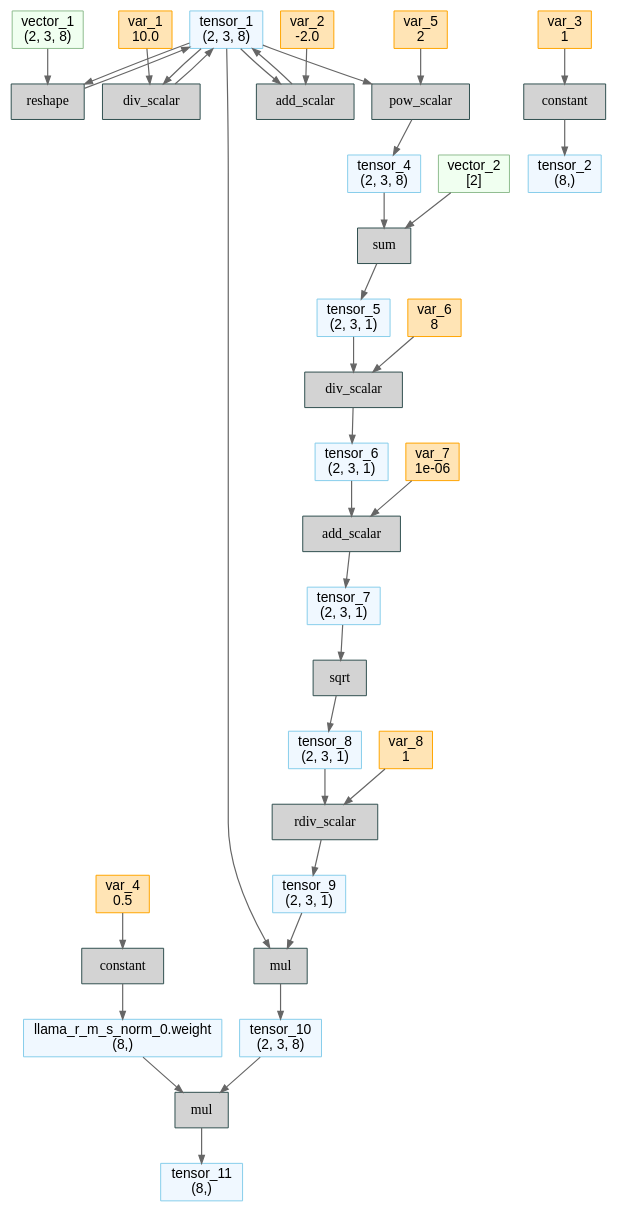
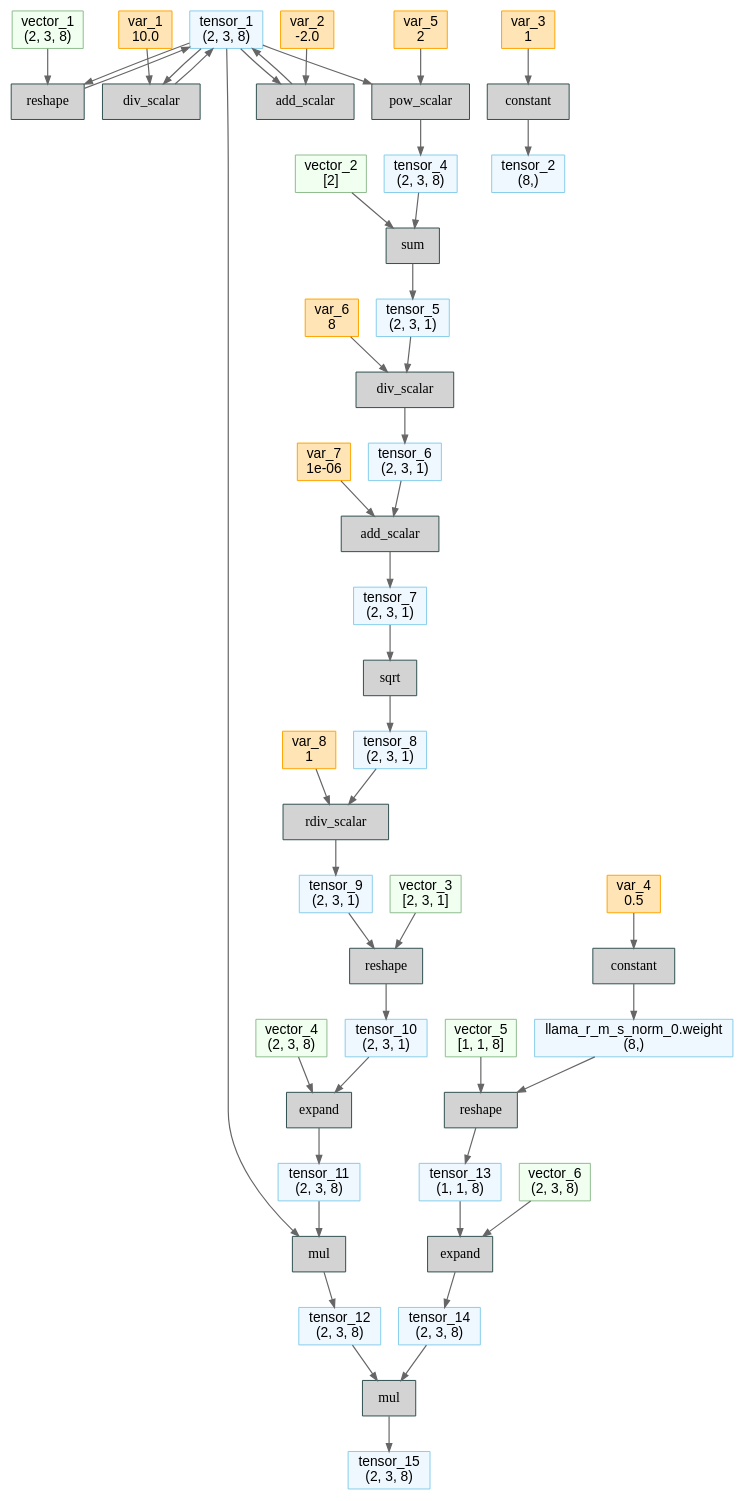
One commit to zhaziqwe/deepx changed the diagram in front/py/examples/4_transformer/llama/1_llamarmsnorm.dot. Above: the diagram before and after it, drawn with Graphviz. The commit also changed 10 other files, not shown here.

```diff
--- a/front/py/examples/4_transformer/llama/1_llamarmsnorm.dot
+++ b/front/py/examples/4_transformer/llama/1_llamarmsnorm.dot
@@ -2,95 +2,127 @@
 digraph {
 	rankdir=TB
 	node [shape=record]
-	128491990484208 [label="tensor_1
+	130357533018672 [label="tensor_1
 (2, 3, 8)" color=skyblue fillcolor=aliceblue fontname="Sans-Serif" labeljust=l shape=box style=filled]
-	128488380960912 [label=reshape color=darkslategray fillcolor=lightgray fontname="Courier Bold" labeljust=l shape=box style=filled]
-	128488380961536 [label="vector_1
+	130357533019536 [label=reshape color=darkslategray fillcolor=lightgray fontname="Courier Bold" labeljust=l shape=box style=filled]
+	130357533018480 [label="vector_1
 (2, 3, 8)" color=darkseagreen fillcolor=honeydew fontname="Sans-Serif" labeljust=l shape=box style=filled]
-	128488380962208 [label=div_scalar color=darkslategray fillcolor=lightgray fontname="Courier Bold" labeljust=l shape=box style=filled]
-	128488380962304 [label="var_1
+	130357533738896 [label=div_scalar color=darkslategray fillcolor=lightgray fontname="Courier Bold" labeljust=l shape=box style=filled]
+	130357533739760 [label="var_1
 10.0" color=orange fillcolor=moccasin fontname="Sans-Serif" labeljust=l shape=box style=filled]
-	128488380961824 [label=add_scalar color=darkslategray fillcolor=lightgray fontname="Courier Bold" labeljust=l shape=box style=filled]
-	128488380962016 [label="var_2
+	130357533752528 [label=add_scalar color=darkslategray fillcolor=lightgray fontname="Courier Bold" labeljust=l shape=box style=filled]
+	130357533752336 [label="var_2
 -2.0" color=orange fillcolor=moccasin fontname="Sans-Serif" labeljust=l shape=box style=filled]
-	128488380965472 [label="tensor_2
+	130357533750272 [label="tensor_2
 (8,)" color=skyblue fillcolor=aliceblue fontname="Sans-Serif" labeljust=l shape=box style=filled]
-	128488380965232 [label=constant color=darkslategray fillcolor=lightgray fontname="Courier Bold" labeljust=l shape=box style=filled]
-	128488380965616 [label="var_3
+	130357533750512 [label=constant color=darkslategray fillcolor=lightgray fontname="Courier Bold" labeljust=l shape=box style=filled]
+	130357533750128 [label="var_3
 1" color=orange fillcolor=moccasin fontname="Sans-Serif" labeljust=l shape=box style=filled]
-	128488380965376 [label="llama_r_m_s_norm_0.weight
+	130357533750368 [label="llama_r_m_s_norm_0.weight
 (8,)" color=skyblue fillcolor=aliceblue fontname="Sans-Serif" labeljust=l shape=box style=filled]
-	128488380965328 [label=constant color=darkslategray fillcolor=lightgray fontname="Courier Bold" labeljust=l shape=box style=filled]
-	128488380965712 [label="var_4
+	130357533750416 [label=constant color=darkslategray fillcolor=lightgray fontname="Courier Bold" labeljust=l shape=box style=filled]
+	130357533750032 [label="var_4
 0.5" color=orange fillcolor=moccasin fontname="Sans-Serif" labeljust=l shape=box style=filled]
-	128488380965808 [label=pow_scalar color=darkslategray fillcolor=lightgray fontname="Courier Bold" labeljust=l shape=box style=filled]
-	128488380965760 [label="var_5
+	130357533749840 [label=pow_scalar color=darkslategray fillcolor=lightgray fontname="Courier Bold" labeljust=l shape=box style=filled]
+	130357533749888 [label="var_5
 2" color=orange fillcolor=moccasin fontname="Sans-Serif" labeljust=l shape=box style=filled]
-	128488380965952 [label="tensor_4
+	130357533749696 [label="tensor_4
 (2, 3, 8)" color=skyblue fillcolor=aliceblue fontname="Sans-Serif" labeljust=l shape=box style=filled]
-	128488380966144 [label="tensor_5
+	130357533749504 [label="tensor_5
 (2, 3, 1)" color=skyblue fillcolor=aliceblue fontname="Sans-Serif" labeljust=l shape=box style=filled]
-	128488380966384 [label="vector_2
+	130357533749264 [label="vector_2
 [2]" color=darkseagreen fillcolor=honeydew fontname="Sans-Serif" labeljust=l shape=box style=filled]
-	128488380966480 [label=sum color=darkslategray fillcolor=lightgray fontname="Courier Bold" labeljust=l shape=box style=filled]
-	128488380966720 [label="tensor_6
+	130357533749168 [label=sum color=darkslategray fillcolor=lightgray fontname="Courier Bold" labeljust=l shape=box style=filled]
+	130357533748928 [label="tensor_6
 (2, 3, 1)" color=skyblue fillcolor=aliceblue fontname="Sans-Serif" labeljust=l shape=box style=filled]
-	128488380966816 [label=div_scalar color=darkslategray fillcolor=lightgray fontname="Courier Bold" labeljust=l shape=box style=filled]
-	128488380966768 [label="var_6
+	130357533748832 [label=div_scalar color=darkslategray fillcolor=lightgray fontname="Courier Bold" labeljust=l shape=box style=filled]
+	130357533748880 [label="var_6
 8" color=orange fillcolor=moccasin fontname="Sans-Serif" labeljust=l shape=box style=filled]
-	128488380966960 [label=add_scalar color=darkslategray fillcolor=lightgray fontname="Courier Bold" labeljust=l shape=box style=filled]
-	128488380966912 [label="var_7
+	130357533748688 [label=add_scalar color=darkslategray fillcolor=lightgray fontname="Courier Bold" labeljust=l shape=box style=filled]
+	130357533748736 [label="var_7
 1e-06" color=orange fillcolor=moccasin fontname="Sans-Serif" labeljust=l shape=box style=filled]
-	128488380967104 [label="tensor_7
+	130357533748544 [label="tensor_7
 (2, 3, 1)" color=skyblue fillcolor=aliceblue fontname="Sans-Serif" labeljust=l shape=box style=filled]
-	128488380967344 [label="tensor_8
+	130357533748304 [label="tensor_8
 (2, 3, 1)" color=skyblue fillcolor=aliceblue fontname="Sans-Serif" labeljust=l shape=box style=filled]
-	128488380967584 [label=sqrt color=darkslategray fillcolor=lightgray fontname="Courier Bold" labeljust=l shape=box style=filled]
-	128488380967680 [label=rdiv_scalar color=darkslategray fillcolor=lightgray fontname="Courier Bold" labeljust=l shape=box style=filled]
-	128488380967536 [label="var_8
+	130357533748064 [label=sqrt color=darkslategray fillcolor=lightgray fontname="Courier Bold" labeljust=l shape=box style=filled]
+	130357533747968 [label=rdiv_scalar color=darkslategray fillcolor=lightgray fontname="Courier Bold" labeljust=l shape=box style=filled]
+	130357533748112 [label="var_8
 1" color=orange fillcolor=moccasin fontname="Sans-Serif" labeljust=l shape=box style=filled]
-	128488380967824 [label="tensor_9
+	130357533747824 [label="tensor_9
 (2, 3, 1)" color=skyblue fillcolor=aliceblue fontname="Sans-Serif" labeljust=l shape=box style=filled]
-	128488380968064 [label=mul color=darkslategray fillcolor=lightgray fontname="Courier Bold" labeljust=l shape=box style=filled]
-	128488380968160 [label="tensor_10
+	130357533747584 [label="tensor_10
+(2, 3, 1)" color=skyblue fillcolor=aliceblue fontname="Sans-Serif" labeljust=l shape=box style=filled]
+	130357533747344 [label=reshape color=darkslategray fillcolor=lightgray fontname="Courier Bold" labeljust=l shape=box style=filled]
+	130357533747392 [label="vector_3
+[2, 3, 1]" color=darkseagreen fillcolor=honeydew fontname="Sans-Serif" labeljust=l shape=box style=filled]
+	130357533747248 [label="tensor_11
 (2, 3, 8)" color=skyblue fillcolor=aliceblue fontname="Sans-Serif" labeljust=l shape=box style=filled]
-	128488380968400 [label=mul color=darkslategray fillcolor=lightgray fontname="Courier Bold" labeljust=l shape=box style=filled]
-	128488380968496 [label="tensor_11
-(8,)" color=skyblue fillcolor=aliceblue fontname="Sans-Serif" labeljust=l shape=box style=filled]
-	128488380960912 -> 128491990484208 [arrowsize=0.8 color=gray40 penwidth=1.2]
-	128488380962208 -> 128491990484208 [arrowsize=0.8 color=gray40 penwidth=1.2]
-	128488380961824 -> 128491990484208 [arrowsize=0.8 color=gray40 penwidth=1.2]
-	128491990484208 -> 128488380960912 [arrowsize=0.8 color=gray40 penwidth=1.2]
-	128488380961536 -> 128488380960912 [arrowsize=0.8 color=gray40 penwidth=1.2]
-	128491990484208 -> 128488380962208 [arrowsize=0.8 color=gray40 penwidth=1.2]
-	128488380962304 -> 128488380962208 [arrowsize=0.8 color=gray40 penwidth=1.2]
-	128491990484208 -> 128488380961824 [arrowsize=0.8 color=gray40 penwidth=1.2]
-	128488380962016 -> 128488380961824 [arrowsize=0.8 color=gray40 penwidth=1.2]
-	128488380965232 -> 128488380965472 [arrowsize=0.8 color=gray40 penwidth=1.2]
-	128488380965616 -> 128488380965232 [arrowsize=0.8 color=gray40 penwidth=1.2]
-	128488380965328 -> 128488380965376 [arrowsize=0.8 color=gray40 penwidth=1.2]
-	128488380965712 -> 128488380965328 [arrowsize=0.8 color=gray40 penwidth=1.2]
-	128491990484208 -> 128488380965808 [arrowsize=0.8 color=gray40 penwidth=1.2]
-	128488380965760 -> 128488380965808 [arrowsize=0.8 color=gray40 penwidth=1.2]
-	128488380965808 -> 128488380965952 [arrowsize=0.8 color=gray40 penwidth=1.2]
-	128488380966480 -> 128488380966144 [arrowsize=0.8 color=gray40 penwidth=1.2]
-	128488380965952 -> 128488380966480 [arrowsize=0.8 color=gray40 penwidth=1.2]
-	128488380966384 -> 128488380966480 [arrowsize=0.8 color=gray40 penwidth=1.2]
-	128488380966816 -> 128488380966720 [arrowsize=0.8 color=gray40 penwidth=1.2]
-	128488380966144 -> 128488380966816 [arrowsize=0.8 color=gray40 penwidth=1.2]
-	128488380966768 -> 128488380966816 [arrowsize=0.8 color=gray40 penwidth=1.2]
-	128488380966720 -> 128488380966960 [arrowsize=0.8 color=gray40 penwidth=1.2]
-	128488380966912 -> 128488380966960 [arrowsize=0.8 color=gray40 penwidth=1.2]
-	128488380966960 -> 128488380967104 [arrowsize=0.8 color=gray40 penwidth=1.2]
-	128488380967584 -> 128488380967344 [arrowsize=0.8 color=gray40 penwidth=1.2]
-	128488380967104 -> 128488380967584 [arrowsize=0.8 color=gray40 penwidth=1.2]
-	128488380967536 -> 128488380967680 [arrowsize=0.8 color=gray40 penwidth=1.2]
-	128488380967344 -> 128488380967680 [arrowsize=0.8 color=gray40 penwidth=1.2]
-	128488380967680 -> 128488380967824 [arrowsize=0.8 color=gray40 penwidth=1.2]
-	128491990484208 -> 128488380968064 [arrowsize=0.8 color=gray40 penwidth=1.2]
-	128488380967824 -> 128488380968064 [arrowsize=0.8 color=gray40 penwidth=1.2]
-	128488380968064 -> 128488380968160 [arrowsize=0.8 color=gray40 penwidth=1.2]
-	128488380965376 -> 128488380968400 [arrowsize=0.8 color=gray40 penwidth=1.2]
-	128488380968160 -> 128488380968400 [arrowsize=0.8 color=gray40 penwidth=1.2]
-	128488380968400 -> 128488380968496 [arrowsize=0.8 color=gray40 penwidth=1.2]
+	130357533746960 [label=expand color=darkslategray fillcolor=lightgray fontname="Courier Bold" labeljust=l shape=box style=filled]
+	130357533747008 [label="vector_4
+(2, 3, 8)" color=darkseagreen fillcolor=honeydew fontname="Sans-Serif" labeljust=l shape=box style=filled]
+	130357533746864 [label=mul color=darkslategray fillcolor=lightgray fontname="Courier Bold" labeljust=l shape=box style=filled]
+	130357533746720 [label="tensor_12
+(2, 3, 8)" color=skyblue fillcolor=aliceblue fontname="Sans-Serif" labeljust=l shape=box style=filled]
+	130357534894224 [label="tensor_13
+(1, 1, 8)" color=skyblue fillcolor=aliceblue fontname="Sans-Serif" labeljust=l shape=box style=filled]
+	130357533740336 [label=reshape color=darkslategray fillcolor=lightgray fontname="Courier Bold" labeljust=l shape=box style=filled]
+	130357533740672 [label="vector_5
+[1, 1, 8]" color=darkseagreen fillcolor=honeydew fontname="Sans-Serif" labeljust=l shape=box style=filled]
+	130357533740528 [label="tensor_14
+(2, 3, 8)" color=skyblue fillcolor=aliceblue fontname="Sans-Serif" labeljust=l shape=box style=filled]
+	130357533740768 [label=expand color=darkslategray fillcolor=lightgray fontname="Courier Bold" labeljust=l shape=box style=filled]
+	130357533740816 [label="vector_6
+(2, 3, 8)" color=darkseagreen fillcolor=honeydew fontname="Sans-Serif" labeljust=l shape=box style=filled]
+	130357533741152 [label=mul color=darkslategray fillcolor=lightgray fontname="Courier Bold" labeljust=l shape=box style=filled]
+	130357533742736 [label="tensor_15
+(2, 3, 8)" color=skyblue fillcolor=aliceblue fontname="Sans-Serif" labeljust=l shape=box style=filled]
+	130357533019536 -> 130357533018672 [arrowsize=0.8 color=gray40 penwidth=1.2]
+	130357533738896 -> 130357533018672 [arrowsize=0.8 color=gray40 penwidth=1.2]
+	130357533752528 -> 130357533018672 [arrowsize=0.8 color=gray40 penwidth=1.2]
+	130357533018672 -> 130357533019536 [arrowsize=0.8 color=gray40 penwidth=1.2]
+	130357533018480 -> 130357533019536 [arrowsize=0.8 color=gray40 penwidth=1.2]
+	130357533018672 -> 130357533738896 [arrowsize=0.8 color=gray40 penwidth=1.2]
+	130357533739760 -> 130357533738896 [arrowsize=0.8 color=gray40 penwidth=1.2]
+	130357533018672 -> 130357533752528 [arrowsize=0.8 color=gray40 penwidth=1.2]
+	130357533752336 -> 130357533752528 [arrowsize=0.8 color=gray40 penwidth=1.2]
+	130357533750512 -> 130357533750272 [arrowsize=0.8 color=gray40 penwidth=1.2]
+	130357533750128 -> 130357533750512 [arrowsize=0.8 color=gray40 penwidth=1.2]
+	130357533750416 -> 130357533750368 [arrowsize=0.8 color=gray40 penwidth=1.2]
+	130357533750032 -> 130357533750416 [arrowsize=0.8 color=gray40 penwidth=1.2]
+	130357533018672 -> 130357533749840 [arrowsize=0.8 color=gray40 penwidth=1.2]
+	130357533749888 -> 130357533749840 [arrowsize=0.8 color=gray40 penwidth=1.2]
+	130357533749840 -> 130357533749696 [arrowsize=0.8 color=gray40 penwidth=1.2]
+	130357533749168 -> 130357533749504 [arrowsize=0.8 color=gray40 penwidth=1.2]
+	130357533749696 -> 130357533749168 [arrowsize=0.8 color=gray40 penwidth=1.2]
+	130357533749264 -> 130357533749168 [arrowsize=0.8 color=gray40 penwidth=1.2]
+	130357533748832 -> 130357533748928 [arrowsize=0.8 color=gray40 penwidth=1.2]
+	130357533749504 -> 130357533748832 [arrowsize=0.8 color=gray40 penwidth=1.2]
+	130357533748880 -> 130357533748832 [arrowsize=0.8 color=gray40 penwidth=1.2]
+	130357533748928 -> 130357533748688 [arrowsize=0.8 color=gray40 penwidth=1.2]
+	130357533748736 -> 130357533748688 [arrowsize=0.8 color=gray40 penwidth=1.2]
+	130357533748688 -> 130357533748544 [arrowsize=0.8 color=gray40 penwidth=1.2]
+	130357533748064 -> 130357533748304 [arrowsize=0.8 color=gray40 penwidth=1.2]
+	130357533748544 -> 130357533748064 [arrowsize=0.8 color=gray40 penwidth=1.2]
+	130357533748112 -> 130357533747968 [arrowsize=0.8 color=gray40 penwidth=1.2]
+	130357533748304 -> 130357533747968 [arrowsize=0.8 color=gray40 penwidth=1.2]
+	130357533747968 -> 130357533747824 [arrowsize=0.8 color=gray40 penwidth=1.2]
+	130357533747344 -> 130357533747584 [arrowsize=0.8 color=gray40 penwidth=1.2]
+	130357533747824 -> 130357533747344 [arrowsize=0.8 color=gray40 penwidth=1.2]
+	130357533747392 -> 130357533747344 [arrowsize=0.8 color=gray40 penwidth=1.2]
+	130357533746960 -> 130357533747248 [arrowsize=0.8 color=gray40 penwidth=1.2]
+	130357533747584 -> 130357533746960 [arrowsize=0.8 color=gray40 penwidth=1.2]
+	130357533747008 -> 130357533746960 [arrowsize=0.8 color=gray40 penwidth=1.2]
+	130357533018672 -> 130357533746864 [arrowsize=0.8 color=gray40 penwidth=1.2]
+	130357533747248 -> 130357533746864 [arrowsize=0.8 color=gray40 penwidth=1.2]
+	130357533746864 -> 130357533746720 [arrowsize=0.8 color=gray40 penwidth=1.2]
+	130357533740336 -> 130357534894224 [arrowsize=0.8 color=gray40 penwidth=1.2]
+	130357533750368 -> 130357533740336 [arrowsize=0.8 color=gray40 penwidth=1.2]
+	130357533740672 -> 130357533740336 [arrowsize=0.8 color=gray40 penwidth=1.2]
+	130357533740768 -> 130357533740528 [arrowsize=0.8 color=gray40 penwidth=1.2]
+	130357534894224 -> 130357533740768 [arrowsize=0.8 color=gray40 penwidth=1.2]
+	130357533740816 -> 130357533740768 [arrowsize=0.8 color=gray40 penwidth=1.2]
+	130357533740528 -> 130357533741152 [arrowsize=0.8 color=gray40 penwidth=1.2]
+	130357533746720 -> 130357533741152 [arrowsize=0.8 color=gray40 penwidth=1.2]
+	130357533741152 -> 130357533742736 [arrowsize=0.8 color=gray40 penwidth=1.2]
 }
```
